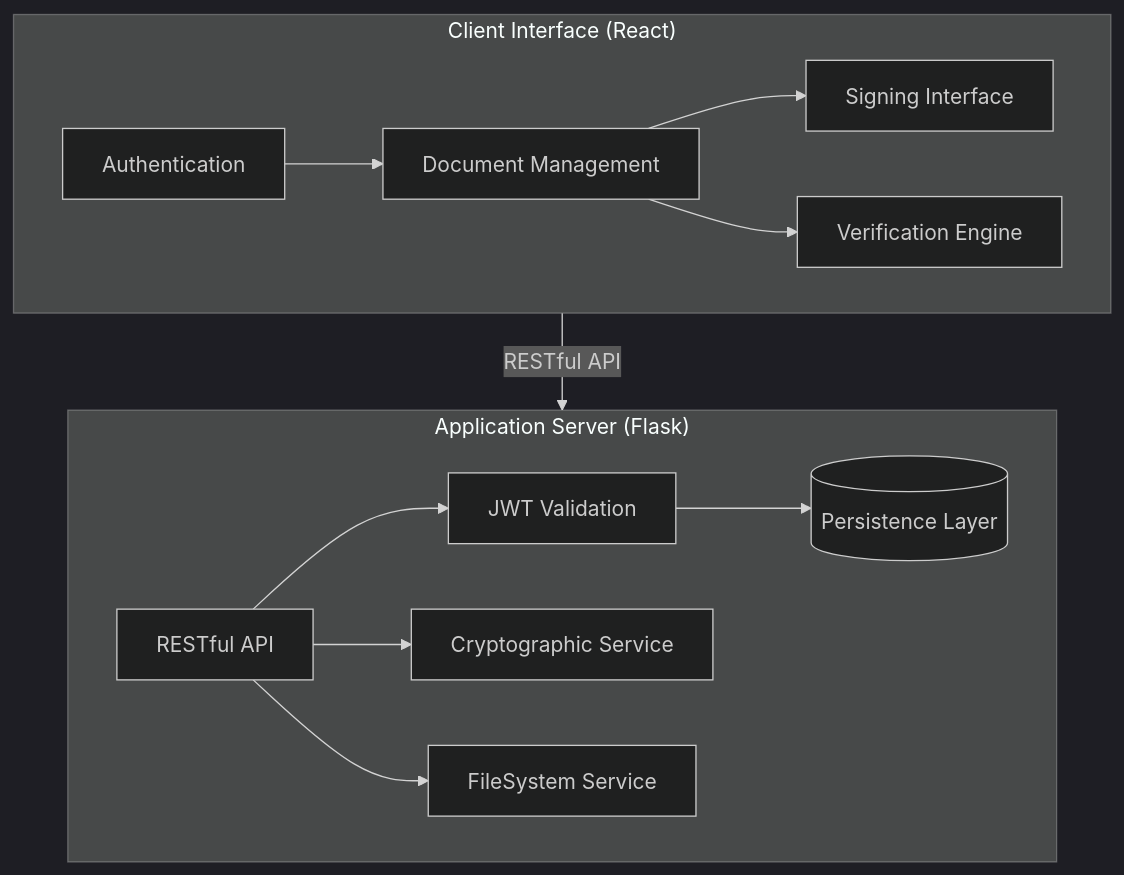
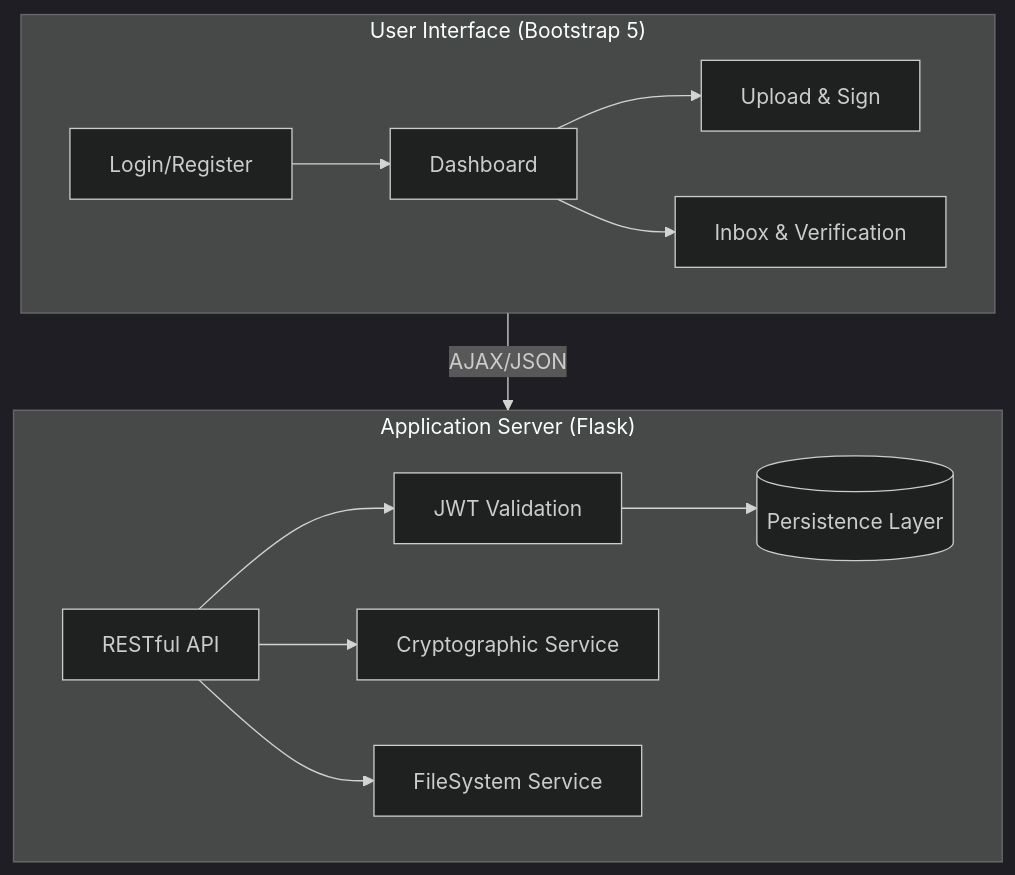
The diagram in README.md (Abubakkar-Khan/DocDrop), drawn with Mermaid (dark theme) before and after one commit. The commit also changed other lines of this file and 37 other files, not shown here.

````diff
--- a/README.md
+++ b/README.md
@@ -22,17 +22,17 @@
 ```mermaid
 graph TB
-    subgraph Client ["Client Interface (React)"]
-        A[Authentication] --> B[Document Management]
-        B --> C[Signing Interface]
-        B --> D[Verification Engine]
+    subgraph UI ["User Interface (Bootstrap 5)"]
+        A[Login/Register] --> B[Dashboard]
+        B --> C[Upload & Sign]
+        B --> D[Inbox & Verification]
     end
 
     subgraph Server ["Application Server (Flask)"]
         API[RESTful API] --> JWT[JWT Validation]
         API --> Crypto[Cryptographic Service]
         API --> Storage[FileSystem Service]
         JWT --> DB[(Persistence Layer)]
     end
 
-    Client -->|RESTful API| Server
+    UI -->|AJAX/JSON| Server
 ```
````
